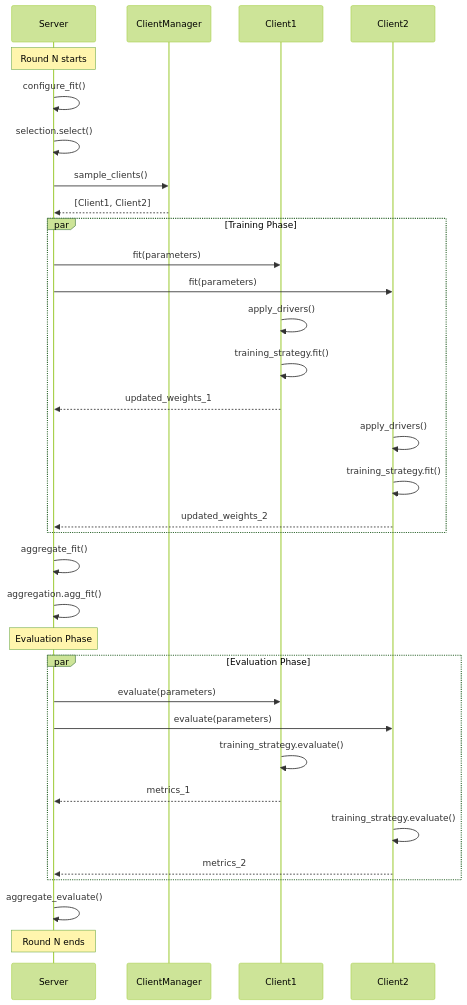
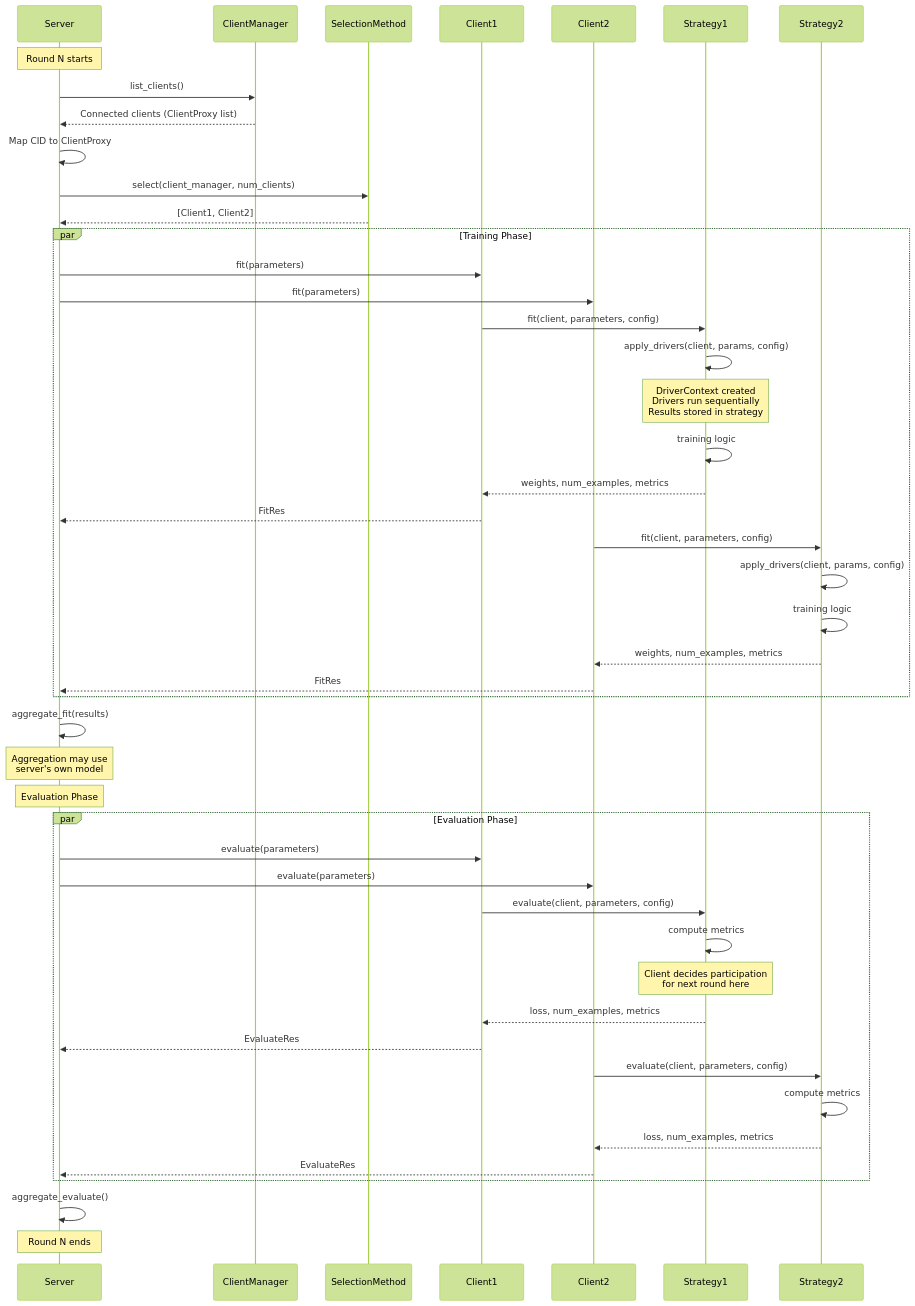
One commit to rafaeloj/LetsFed changed the seventh of 9 diagrams in README.md. Above: the diagram before and after it, drawn with Mermaid (forest theme). The commit also changed other lines of this file, not shown here.

````diff
--- a/README.md
+++ b/README.md
@@ -465,46 +534,60 @@
 ```mermaid
 sequenceDiagram
     participant Server
     participant ClientManager
+    participant SelectionMethod
     participant Client1
     participant Client2
+    participant Strategy1
+    participant Strategy2
 
     Note over Server: Round N starts
 
-    Server->>Server: configure_fit()
-    Server->>Server: selection.select()
-    Server->>ClientManager: sample_clients()
-    ClientManager-->>Server: [Client1, Client2]
+    Server->>ClientManager: list_clients()
+    ClientManager-->>Server: Connected clients (ClientProxy list)
+    Server->>Server: Map CID to ClientProxy
+    Server->>SelectionMethod: select(client_manager, num_clients)
+    SelectionMethod-->>Server: [Client1, Client2]
 
     par Training Phase
         Server->>Client1: fit(parameters)
         Server->>Client2: fit(parameters)
 
-        Client1->>Client1: apply_drivers()
-        Client1->>Client1: training_strategy.fit()
-        Client1-->>Server: updated_weights_1
+        Client1->>Strategy1: fit(client, parameters, config)
+        Strategy1->>Strategy1: apply_drivers(client, params, config)
+        Note over Strategy1: DriverContext created<br/>Drivers run sequentially<br/>Results stored in strategy
+        Strategy1->>Strategy1: training logic
+        Strategy1-->>Client1: weights, num_examples, metrics
+        Client1-->>Server: FitRes
 
-        Client2->>Client2: apply_drivers()
-        Client2->>Client2: training_strategy.fit()
-        Client2-->>Server: updated_weights_2
+        Client2->>Strategy2: fit(client, parameters, config)
+        Strategy2->>Strategy2: apply_drivers(client, params, config)
+        Strategy2->>Strategy2: training logic
+        Strategy2-->>Client2: weights, num_examples, metrics
+        Client2-->>Server: FitRes
     end
 
-    Server->>Server: aggregate_fit()
-    Server->>Server: aggregation.agg_fit()
+    Server->>Server: aggregate_fit(results)
+    Note over Server: Aggregation may use<br/>server's own model
 
     Note over Server: Evaluation Phase
 
     par Evaluation Phase
         Server->>Client1: evaluate(parameters)
         Server->>Client2: evaluate(parameters)
 
-        Client1->>Client1: training_strategy.evaluate()
-        Client1-->>Server: metrics_1
+        Client1->>Strategy1: evaluate(client, parameters, config)
+        Strategy1->>Strategy1: compute metrics
+        Note over Strategy1: Client decides participation<br/>for next round here
+        Strategy1-->>Client1: loss, num_examples, metrics
+        Client1-->>Server: EvaluateRes
 
-        Client2->>Client2: training_strategy.evaluate()
-        Client2-->>Server: metrics_2
+        Client2->>Strategy2: evaluate(client, parameters, config)
+        Strategy2->>Strategy2: compute metrics
+        Strategy2-->>Client2: loss, num_examples, metrics
+        Client2-->>Server: EvaluateRes
     end
 
     Server->>Server: aggregate_evaluate()
     Note over Server: Round N ends
 ```
````
